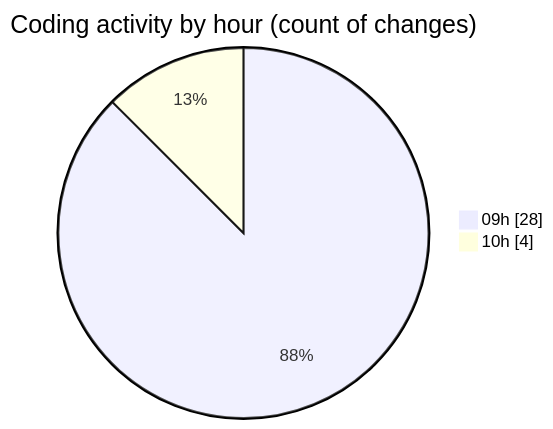
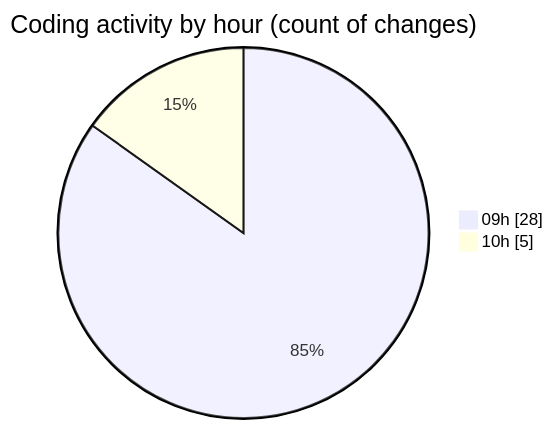
Before and after one commit to momahboobian/code-tracking: the second of 2 diagrams in 2026-04-24/cda/README.md, drawn with Mermaid. The commit also changed other lines of this file and 1 other file, not shown here.

````diff
--- a/2026-04-24/cda/README.md
+++ b/2026-04-24/cda/README.md
@@ -45,6 +47,6 @@
 ```mermaid
 pie showData
 title Coding activity by hour (count of changes)
 "09h" : 28
-"10h" : 4
+"10h" : 5
 ```
````
